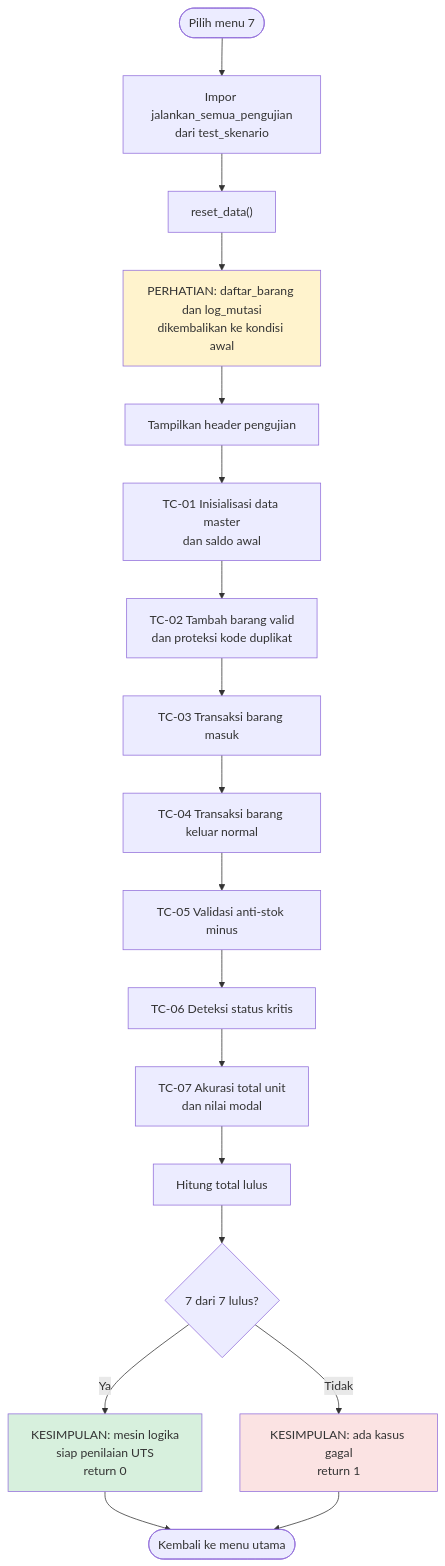
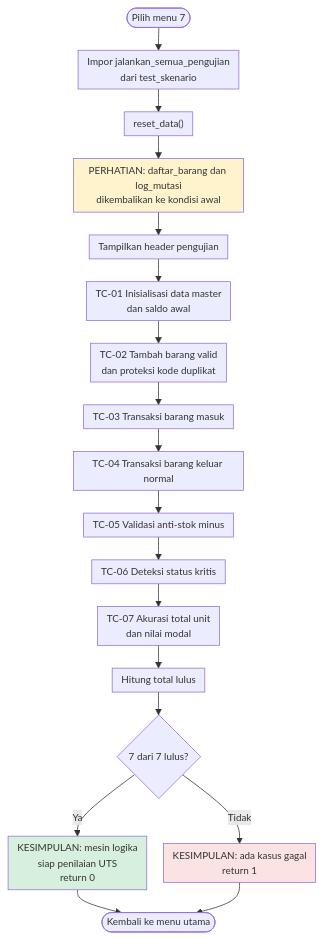
The ninth of 10 diagrams in README.md (Curzyori/Stokku-Desktop), drawn with Mermaid before and after one commit. The commit also changed other lines of this file and 34 other files, not shown here.

Commit message:
feat: tambahkan diagram, flowchart, dan preview terminal ke README serta deck presentasi

````diff
--- a/README.md
+++ b/README.md
@@ -462,24 +470,25 @@
 ```mermaid
+%%{init: {"flowchart": {"nodeSpacing": 22, "rankSpacing": 30, "padding": 6}, "themeVariables": {"fontSize": "13px"}}}%%
 flowchart TD
     A([Pilih menu 7]) --> B["Impor jalankan_semua_pengujian<br/>dari test_skenario"]
     B --> C["reset_data()"]
     C --> D["PERHATIAN: daftar_barang dan log_mutasi<br/>dikembalikan ke kondisi awal"]
     D --> E["Tampilkan header pengujian"]
     E --> F["TC-01 Inisialisasi data master<br/>dan saldo awal"]
     F --> G["TC-02 Tambah barang valid<br/>dan proteksi kode duplikat"]
     G --> H["TC-03 Transaksi barang masuk"]
     H --> I["TC-04 Transaksi barang keluar normal"]
     I --> J["TC-05 Validasi anti-stok minus"]
     J --> K["TC-06 Deteksi status kritis"]
     K --> L["TC-07 Akurasi total unit<br/>dan nilai modal"]
     L --> M["Hitung total lulus"]
     M --> N{"7 dari 7 lulus?"}
     N -->|"Ya"| O["KESIMPULAN: mesin logika<br/>siap penilaian UTS<br/>return 0"]
     N -->|"Tidak"| P["KESIMPULAN: ada kasus gagal<br/>return 1"]
     O --> Q([Kembali ke menu utama])
     P --> Q
 
     style D fill:#fff3cd
     style O fill:#d7f0dd
     style P fill:#fbe3e3
 ```
````
